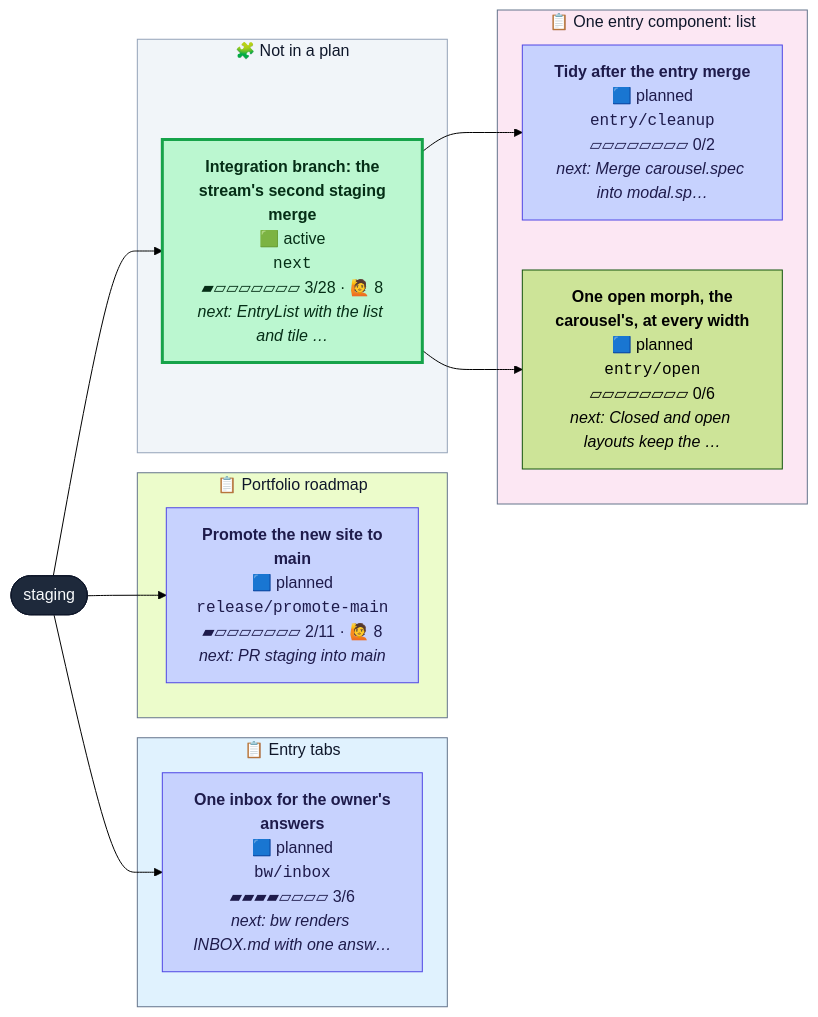
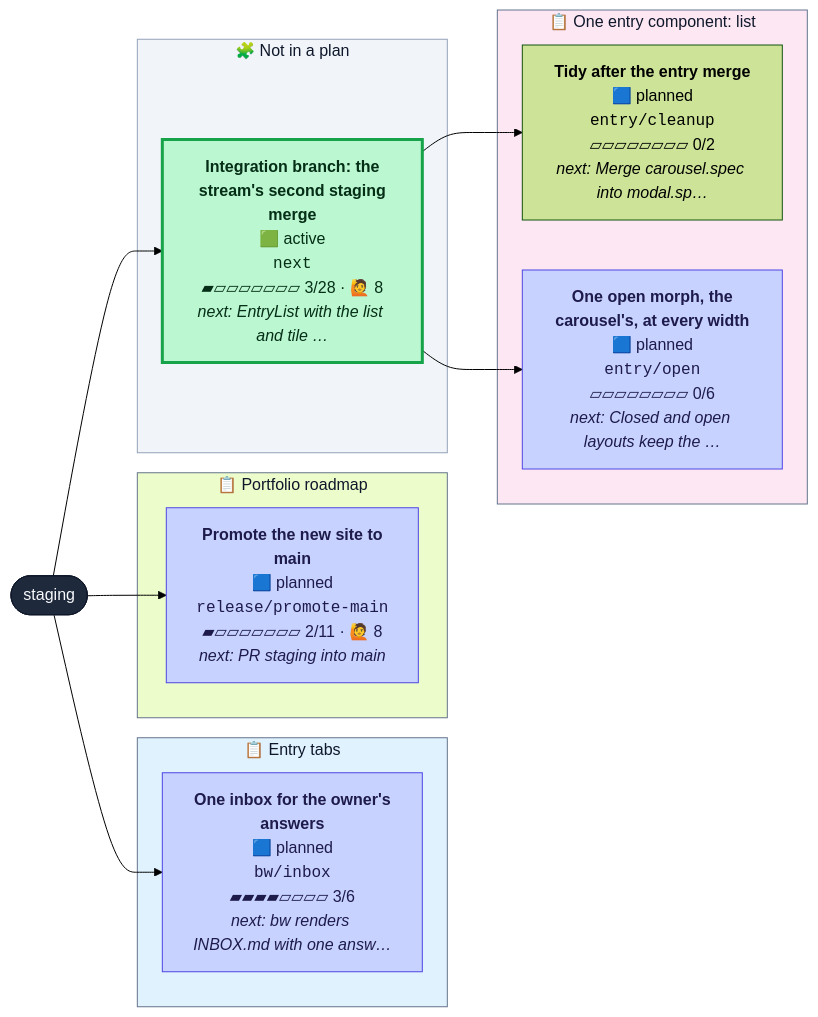
The diagram in CONTRIBUTING.md (henryjonescodes/portfolio), drawn with Mermaid (forest theme) before and after one commit. The commit also changed other lines of this file, not shown here.

````diff
--- a/CONTRIBUTING.md
+++ b/CONTRIBUTING.md
@@ -16,38 +16,38 @@
 ```mermaid
 flowchart LR
   n_staging([staging])
   class n_staging trunk
   subgraph plan_0["📋 Entry tabs"]
     n_bw_inbox["<b>One inbox for the owner's<br/>answers</b><br/>🟦 planned<br/><code>bw/inbox</code><br/>▰▰▰▰▱▱▱▱ 3/6<br/><i>next: bw renders INBOX.md with one answ…</i>"]
     class n_bw_inbox planned
   end
   style plan_0 fill:#e0f2fe,stroke:#64748b,color:#0f172a
   subgraph plan_1["📋 One entry component: list"]
     n_entry_cleanup["<b>Tidy after the entry merge</b><br/>🟦 planned<br/><code>entry/cleanup</code><br/>▱▱▱▱▱▱▱▱ 0/2<br/><i>next: Merge carousel.spec into modal.sp…</i>"]
-    class n_entry_cleanup planned
+    class n_entry_cleanup planned,current
     n_entry_open["<b>One open morph, the<br/>carousel's, at every width</b><br/>🟦 planned<br/><code>entry/open</code><br/>▱▱▱▱▱▱▱▱ 0/6<br/><i>next: Closed and open layouts keep the …</i>"]
-    class n_entry_open planned,current
+    class n_entry_open planned
   end
   style plan_1 fill:#fce7f3,stroke:#64748b,color:#0f172a
   subgraph plan_2["📋 Portfolio roadmap"]
     n_release_promote_main["<b>Promote the new site to<br/>main</b><br/>🟦 planned<br/><code>release/promote-main</code><br/>▰▱▱▱▱▱▱▱ 2/11 · 🙋 8<br/><i>next: PR staging into main</i>"]
     class n_release_promote_main planned
   end
   style plan_2 fill:#ecfccb,stroke:#64748b,color:#0f172a
   subgraph loose["🧩 Not in a plan"]
     n_next["<b>Integration branch: the<br/>stream's second staging<br/>merge</b><br/>🟩 active<br/><code>next</code><br/>▰▱▱▱▱▱▱▱ 3/28 · 🙋 8<br/><i>next: EntryList with the list and tile …</i>"]
     class n_next active
   end
   style loose fill:#f1f5f9,stroke:#94a3b8,color:#0f172a
   n_staging --> n_bw_inbox
   n_next --> n_entry_cleanup
   n_next --> n_entry_open
   n_staging --> n_next
   n_staging --> n_release_promote_main
   classDef planned fill:#c7d2fe,stroke:#4f46e5,color:#1e1b4b
   classDef active fill:#bbf7d0,stroke:#16a34a,stroke-width:3px,color:#052e16
   classDef review fill:#fde68a,stroke:#d97706,stroke-width:3px,color:#451a03
   classDef blocked fill:#fecaca,stroke:#dc2626,stroke-width:3px,color:#450a0a
   classDef trunk fill:#1e293b,stroke:#0f172a,color:#f8fafc
   classDef current stroke:#0ea5e9,stroke-width:5px
 ```
````
